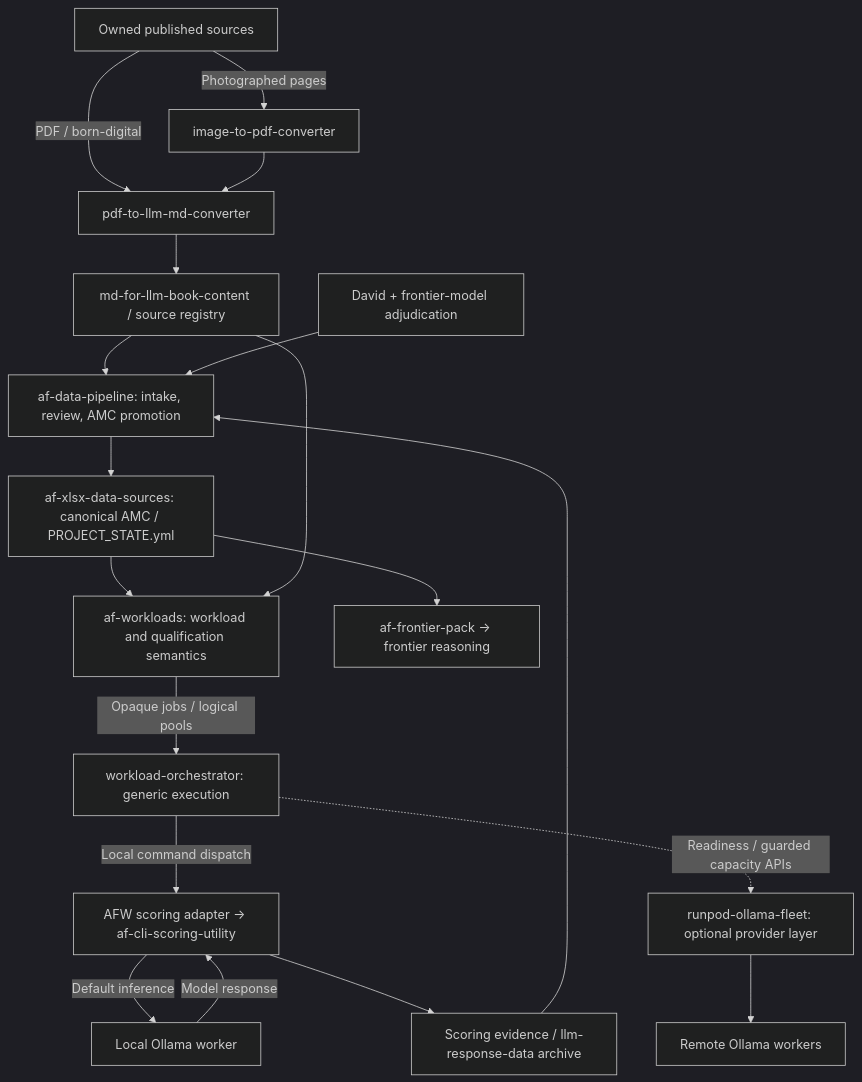
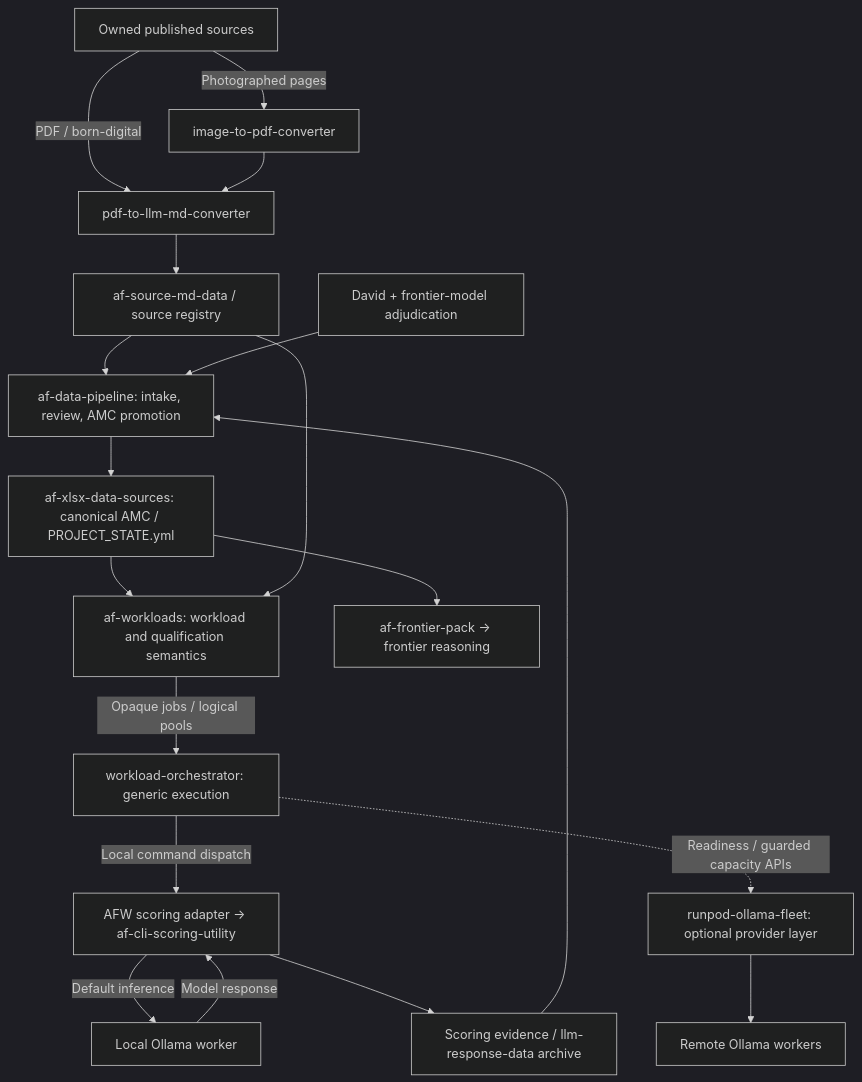
The diagram in README.md (dtnorris/adventure-finder), drawn with Mermaid (dark theme) before and after one commit. The commit also changed other lines of this file and 11 other files, not shown here.

First line of the commit message:
Use af-source-md-data as the default private source checkout (#26)

````diff
--- a/README.md
+++ b/README.md
@@ -623,21 +623,21 @@
 ```mermaid
 flowchart TD
     sources["Owned published sources"] -->|"PDF / born-digital"| pdf["pdf-to-llm-md-converter"]
     sources -->|"Photographed pages"| photos["image-to-pdf-converter"]
     photos --> pdf
-    pdf --> corpus["md-for-llm-book-content / source registry"]
+    pdf --> corpus["af-source-md-data / source registry"]
     corpus --> pipeline["af-data-pipeline: intake, review, AMC promotion"]
     review["David + frontier-model adjudication"] --> pipeline
     pipeline --> catalog["af-xlsx-data-sources: canonical AMC / PROJECT_STATE.yml"]
     catalog --> afw["af-workloads: workload and qualification semantics"]
     corpus --> afw
     afw -->|"Opaque jobs / logical pools"| wlo["workload-orchestrator: generic execution"]
     wlo -->|"Local command dispatch"| scorer["AFW scoring adapter → af-cli-scoring-utility"]
     scorer -->|"Default inference"| local["Local Ollama worker"]
     local -->|"Model response"| scorer
     wlo -.->|"Readiness / guarded capacity APIs"| rpof["runpod-ollama-fleet: optional provider layer"]
     rpof --> remote["Remote Ollama workers"]
     scorer --> evidence["Scoring evidence / llm-response-data archive"]
     evidence --> pipeline
     catalog --> frontier["af-frontier-pack → frontier reasoning"]
 ```
````
